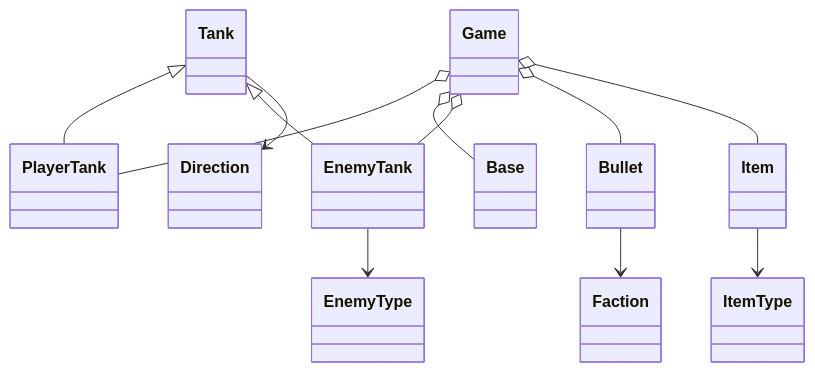
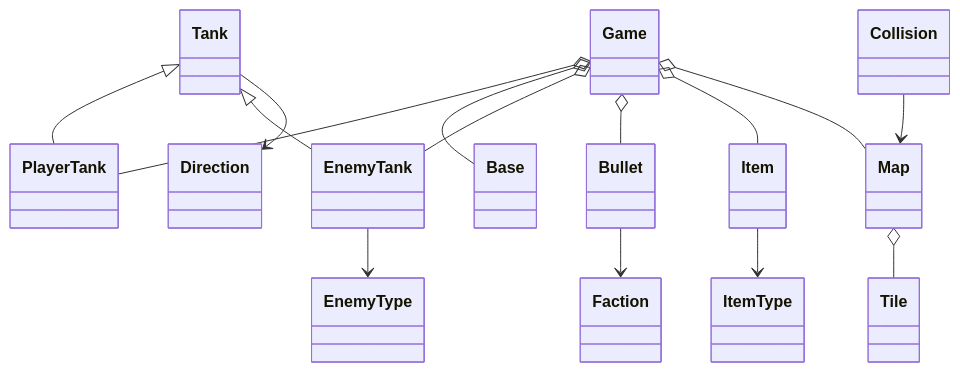
Before and after one commit to frank1181434411-hub/tank-battle: the second of 2 diagrams in docs/03_总体设计.md, drawn with Mermaid. The commit also changed other lines of this file and 23 other files, not shown here.

Commit message:
feat: add map collision and update project docs

````diff
--- a/docs/03_总体设计.md
+++ b/docs/03_总体设计.md
@@ -51,26 +52,32 @@
 ```mermaid
 classDiagram
     class Game
     class Tank
     class PlayerTank
     class EnemyTank
     class Bullet
     class Item
     class Base
     class Direction
     class Faction
     class EnemyType
     class ItemType
+    class Map
+    class Tile
+    class Collision
 
     Tank <|-- PlayerTank
     Tank <|-- EnemyTank
     Game o-- PlayerTank
     Game o-- Base
     Game o-- EnemyTank
     Game o-- Bullet
     Game o-- Item
+    Game o-- Map
     Bullet --> Faction
     Tank --> Direction
     EnemyTank --> EnemyType
     Item --> ItemType
+    Map o-- Tile
+    Collision --> Map
 ```
````
